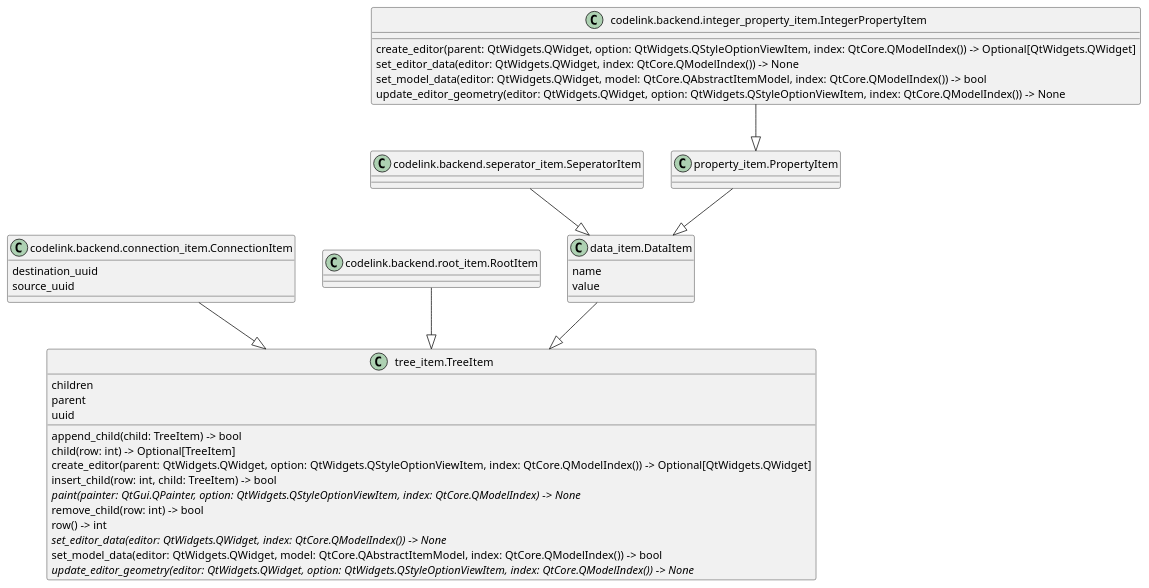
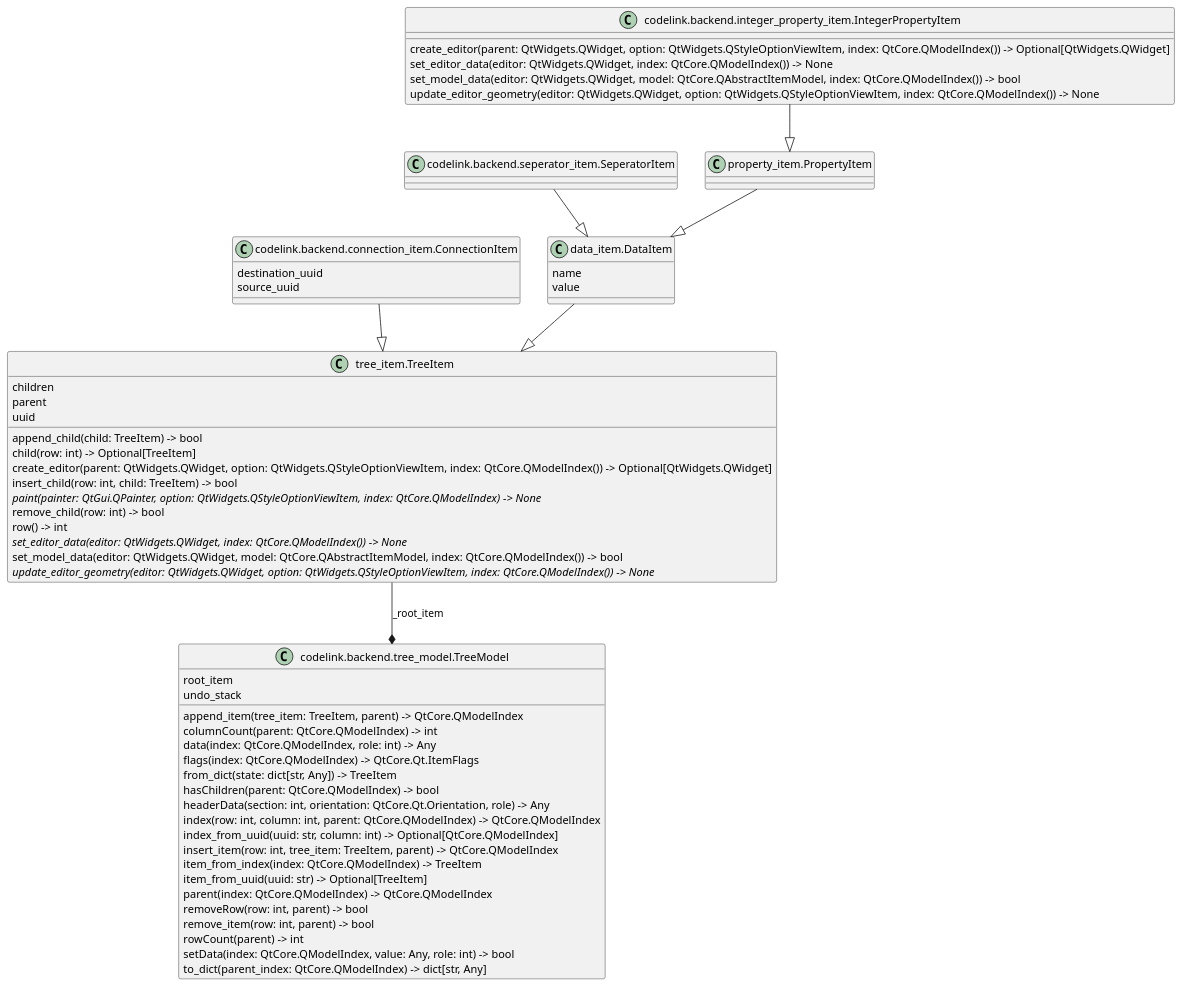
The diagram in src/codelink/backend/classes.puml (j8sr0230/codelink), drawn with PlantUML before and after one commit. The commit also changed 4 other files, not shown here.

```diff
--- a/src/codelink/backend/classes.puml
+++ b/src/codelink/backend/classes.puml
@@ -1,44 +1,64 @@
 @startuml classes
 set namespaceSeparator none
 class "codelink.backend.connection_item.ConnectionItem" as codelink.backend.connection_item.ConnectionItem {
   destination_uuid
   source_uuid
 }
 class "codelink.backend.integer_property_item.IntegerPropertyItem" as codelink.backend.integer_property_item.IntegerPropertyItem {
   create_editor(parent: QtWidgets.QWidget, option: QtWidgets.QStyleOptionViewItem, index: QtCore.QModelIndex()) -> Optional[QtWidgets.QWidget]
   set_editor_data(editor: QtWidgets.QWidget, index: QtCore.QModelIndex()) -> None
   set_model_data(editor: QtWidgets.QWidget, model: QtCore.QAbstractItemModel, index: QtCore.QModelIndex()) -> bool
   update_editor_geometry(editor: QtWidgets.QWidget, option: QtWidgets.QStyleOptionViewItem, index: QtCore.QModelIndex()) -> None
 }
-class "codelink.backend.root_item.RootItem" as codelink.backend.root_item.RootItem {
+class "codelink.backend.seperator_item.SeperatorItem" as codelink.backend.seperator_item.SeperatorItem {
 }
-class "codelink.backend.seperator_item.SeperatorItem" as codelink.backend.seperator_item.SeperatorItem {
+class "codelink.backend.tree_model.TreeModel" as codelink.backend.tree_model.TreeModel {
+  root_item
+  undo_stack
+  append_item(tree_item: TreeItem, parent) -> QtCore.QModelIndex
+  columnCount(parent: QtCore.QModelIndex) -> int
+  data(index: QtCore.QModelIndex, role: int) -> Any
+  flags(index: QtCore.QModelIndex) -> QtCore.Qt.ItemFlags
+  from_dict(state: dict[str, Any]) -> TreeItem
+  hasChildren(parent: QtCore.QModelIndex) -> bool
+  headerData(section: int, orientation: QtCore.Qt.Orientation, role) -> Any
+  index(row: int, column: int, parent: QtCore.QModelIndex) -> QtCore.QModelIndex
+  index_from_uuid(uuid: str, column: int) -> Optional[QtCore.QModelIndex]
+  insert_item(row: int, tree_item: TreeItem, parent) -> QtCore.QModelIndex
+  item_from_index(index: QtCore.QModelIndex) -> TreeItem
+  item_from_uuid(uuid: str) -> Optional[TreeItem]
+  parent(index: QtCore.QModelIndex) -> QtCore.QModelIndex
+  removeRow(row: int, parent) -> bool
+  remove_item(row: int, parent) -> bool
+  rowCount(parent) -> int
+  setData(index: QtCore.QModelIndex, value: Any, role: int) -> bool
+  to_dict(parent_index: QtCore.QModelIndex) -> dict[str, Any]
 }
 class "data_item.DataItem" as data_item.DataItem {
   name
   value
 }
 class "property_item.PropertyItem" as property_item.PropertyItem {
 }
 class "tree_item.TreeItem" as tree_item.TreeItem {
   children
   parent
   uuid
   append_child(child: TreeItem) -> bool
   child(row: int) -> Optional[TreeItem]
   create_editor(parent: QtWidgets.QWidget, option: QtWidgets.QStyleOptionViewItem, index: QtCore.QModelIndex()) -> Optional[QtWidgets.QWidget]
   insert_child(row: int, child: TreeItem) -> bool
   {abstract}paint(painter: QtGui.QPainter, option: QtWidgets.QStyleOptionViewItem, index: QtCore.QModelIndex) -> None
   remove_child(row: int) -> bool
   row() -> int
   {abstract}set_editor_data(editor: QtWidgets.QWidget, index: QtCore.QModelIndex()) -> None
   set_model_data(editor: QtWidgets.QWidget, model: QtCore.QAbstractItemModel, index: QtCore.QModelIndex()) -> bool
   {abstract}update_editor_geometry(editor: QtWidgets.QWidget, option: QtWidgets.QStyleOptionViewItem, index: QtCore.QModelIndex()) -> None
 }
 codelink.backend.connection_item.ConnectionItem --|> tree_item.TreeItem
 codelink.backend.integer_property_item.IntegerPropertyItem --|> property_item.PropertyItem
-codelink.backend.root_item.RootItem --|> tree_item.TreeItem
 codelink.backend.seperator_item.SeperatorItem --|> data_item.DataItem
 data_item.DataItem --|> tree_item.TreeItem
 property_item.PropertyItem --|> data_item.DataItem
+tree_item.TreeItem --* codelink.backend.tree_model.TreeModel : _root_item
 @enduml
```
